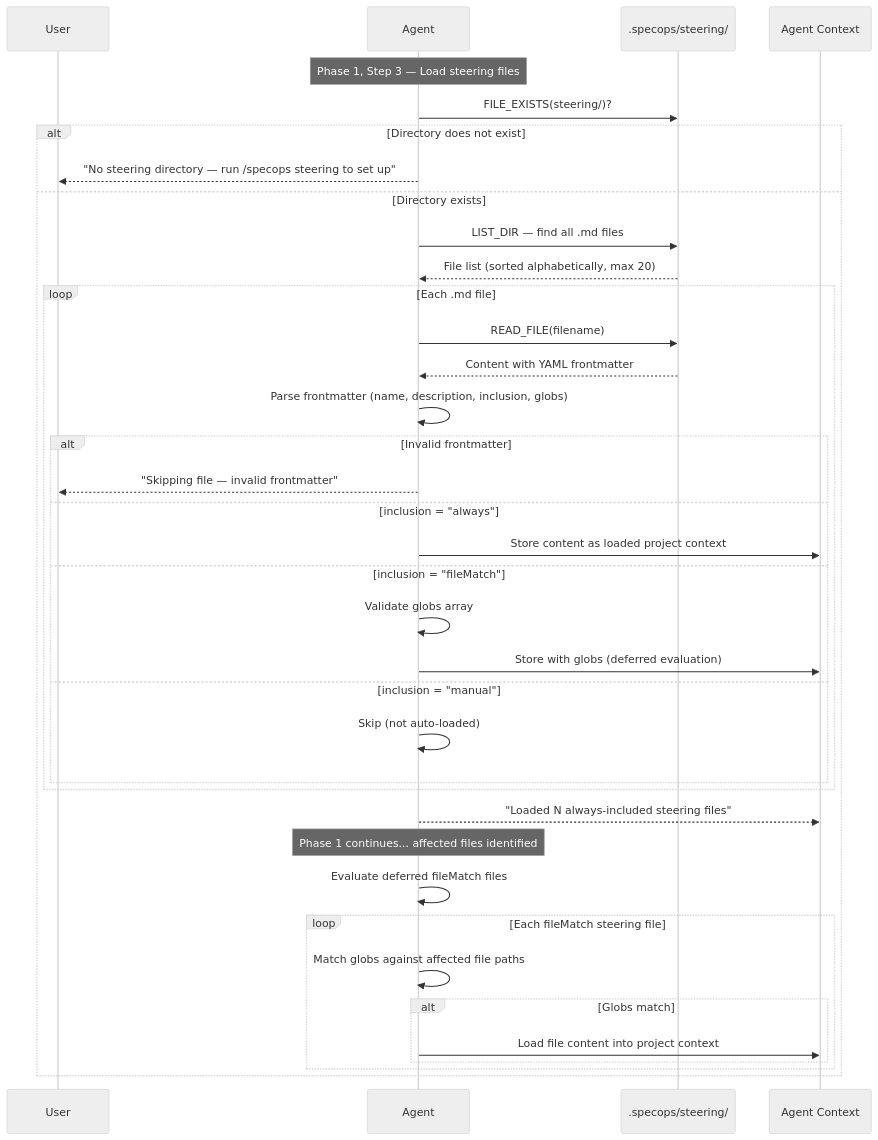
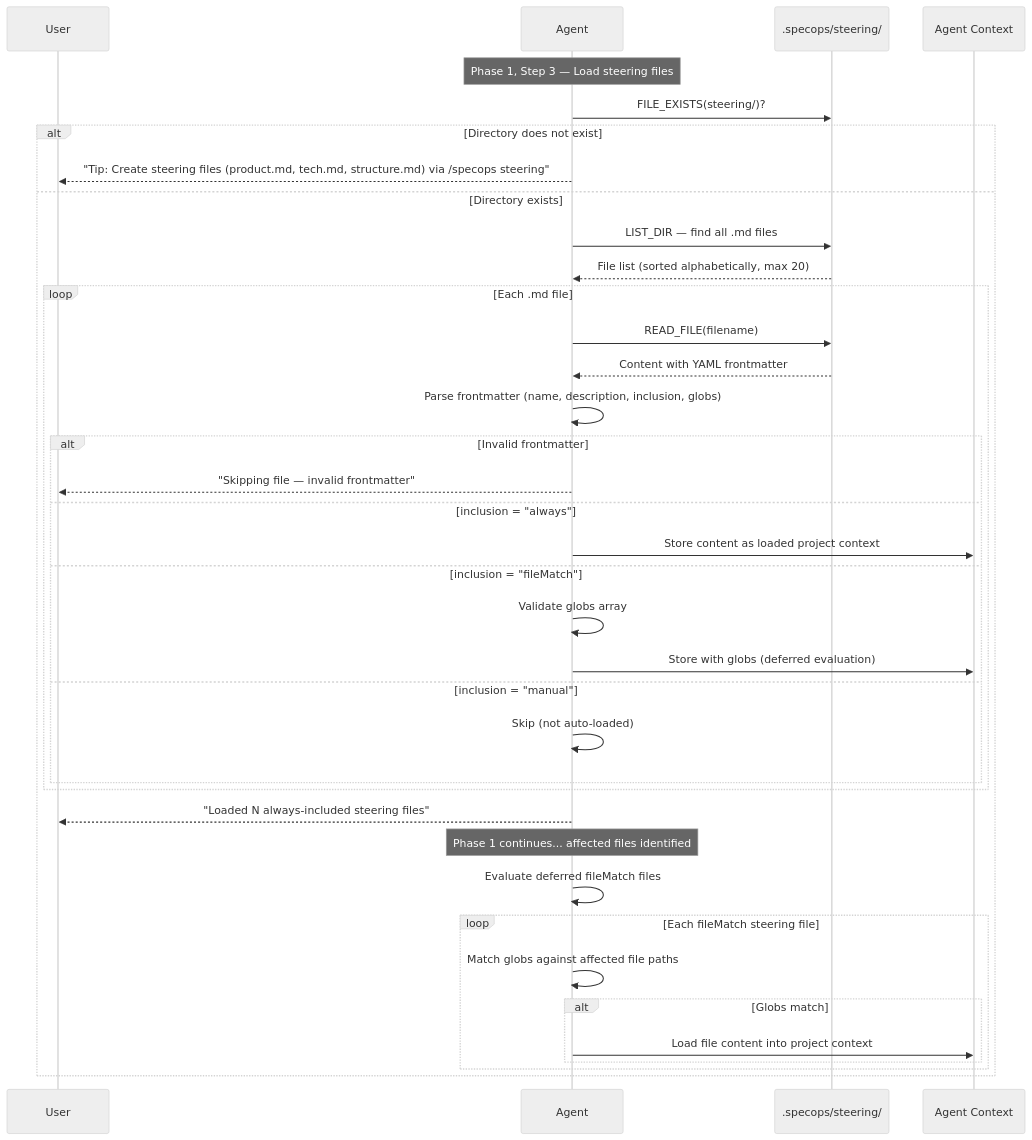
The seventh of 8 diagrams in docs/DIAGRAMS.md (sanmak/specops), drawn with Mermaid (neutral theme) before and after one commit. The commit also changed other lines of this file, not shown here.

Commit message:
fix: address remaining PR #13 review comments — diagram accuracy
- Route NOTIFY_USER to User instead of Agent Context in steering diagram (line 457)
- Align "directory does not exist" branch text with core/workflow.md source
- Add "Approve with suggestions" note to review diagram alt block

````diff
--- a/docs/DIAGRAMS.md
+++ b/docs/DIAGRAMS.md
@@ -423,47 +424,47 @@
 ```mermaid
 sequenceDiagram
     participant U as User
     participant A as Agent
     participant SD as .specops/steering/
     participant Ctx as Agent Context
 
     Note over A: Phase 1, Step 3 — Load steering files
 
     A->>SD: FILE_EXISTS(steering/)?
 
     alt Directory does not exist
-        A-->>U: "No steering directory — run /specops steering to set up"
+        A-->>U: "Tip: Create steering files (product.md, tech.md, structure.md) via /specops steering"
     else Directory exists
         A->>SD: LIST_DIR — find all .md files
         SD-->>A: File list (sorted alphabetically, max 20)
 
         loop Each .md file
             A->>SD: READ_FILE(filename)
             SD-->>A: Content with YAML frontmatter
             A->>A: Parse frontmatter (name, description, inclusion, globs)
 
             alt Invalid frontmatter
                 A-->>U: "Skipping file — invalid frontmatter"
             else inclusion = "always"
                 A->>Ctx: Store content as loaded project context
             else inclusion = "fileMatch"
                 A->>A: Validate globs array
                 A->>Ctx: Store with globs (deferred evaluation)
             else inclusion = "manual"
                 A->>A: Skip (not auto-loaded)
             end
         end
 
-        A-->>Ctx: "Loaded N always-included steering files"
+        A-->>U: "Loaded N always-included steering files"
 
         Note over A: Phase 1 continues... affected files identified
 
         A->>A: Evaluate deferred fileMatch files
         loop Each fileMatch steering file
             A->>A: Match globs against affected file paths
             alt Globs match
                 A->>Ctx: Load file content into project context
             end
         end
     end
 ```
````
